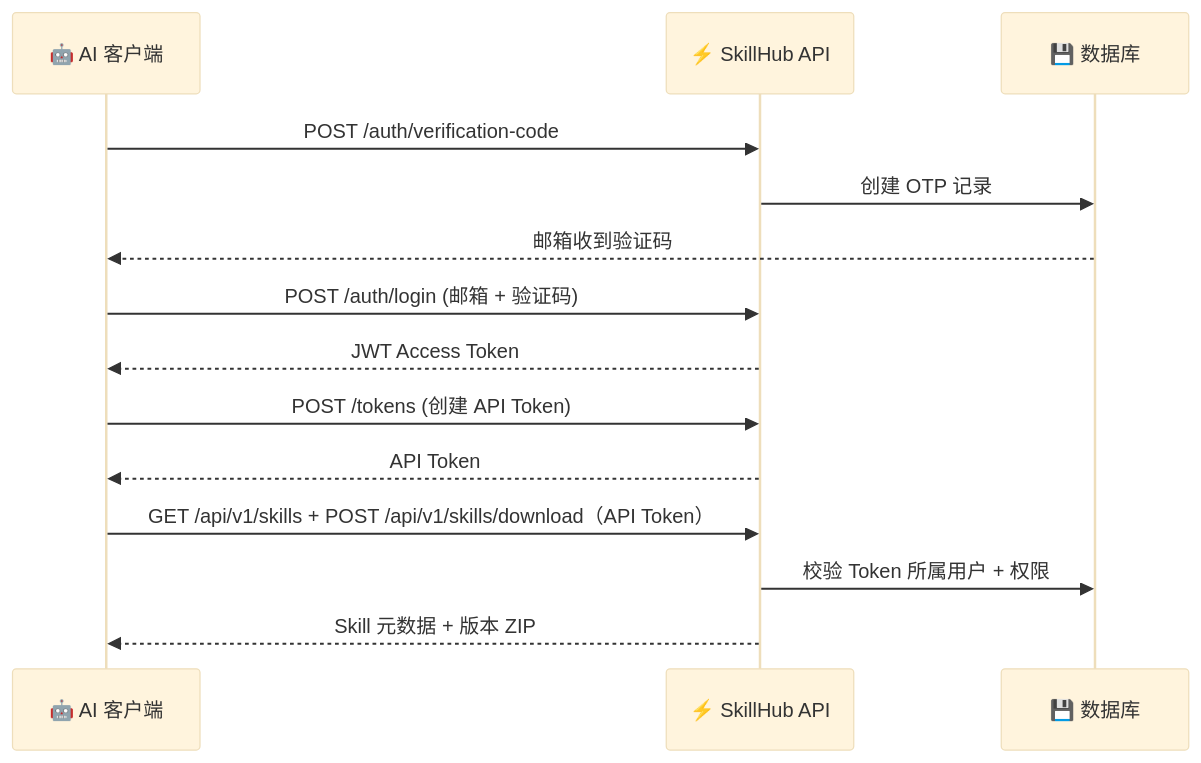
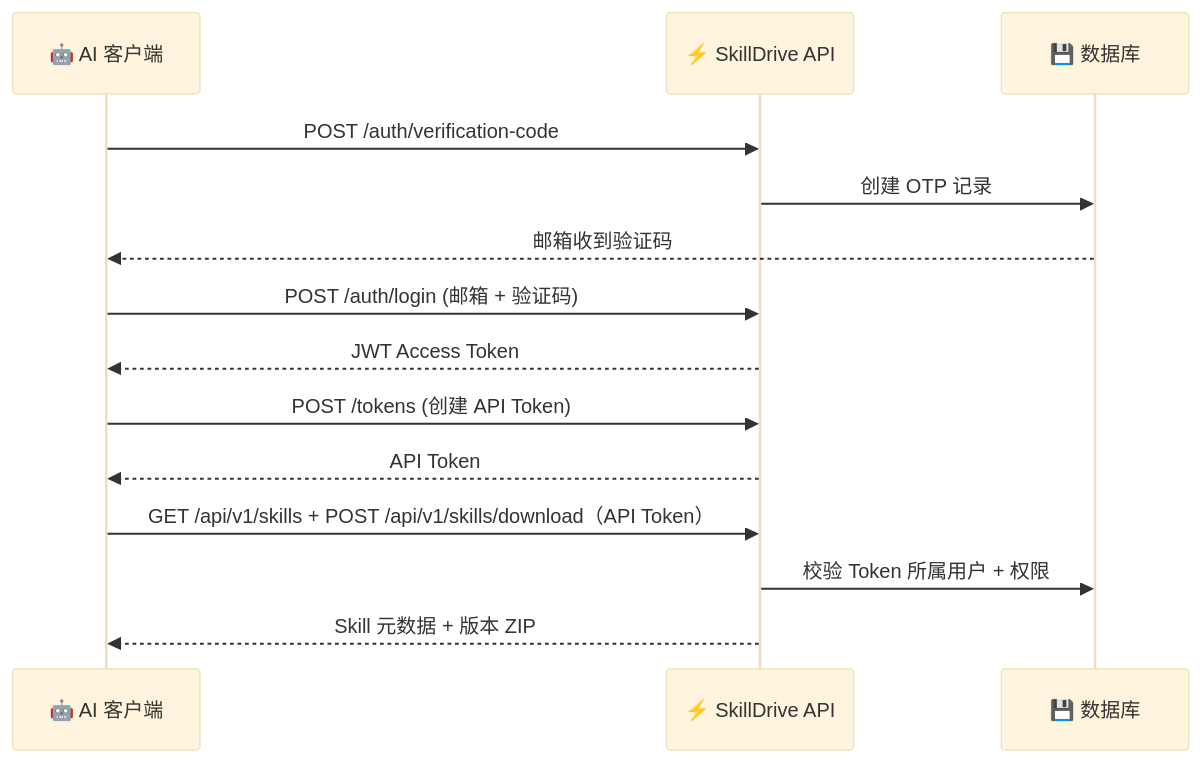
Before and after one commit to jiabai/open-skillhub: the second of 2 diagrams in README-zh.md, drawn with Mermaid (base theme). The commit also changed other lines of this file and 36 other files, not shown here.

First line of the commit message:
refactor: 将项目名称从 SkillHub 统一改为 SkillDrive

````diff
--- a/README-zh.md
+++ b/README-zh.md
@@ -342,20 +342,20 @@
 ```mermaid
 sequenceDiagram
     participant Client as 🤖 AI 客户端
-    participant API as ⚡ SkillHub API
+    participant API as ⚡ SkillDrive API
     participant DB as 💾 数据库
 
     Client->>API: POST /auth/verification-code
     API->>DB: 创建 OTP 记录
     DB-->>Client: 邮箱收到验证码
 
     Client->>API: POST /auth/login (邮箱 + 验证码)
     API-->>Client: JWT Access Token
 
     Client->>API: POST /tokens (创建 API Token)
     API-->>Client: API Token
 
     Client->>API: GET /api/v1/skills + POST /api/v1/skills/download（API Token）
     API->>DB: 校验 Token 所属用户 + 权限
     API-->>Client: Skill 元数据 + 版本 ZIP
 ```
````
